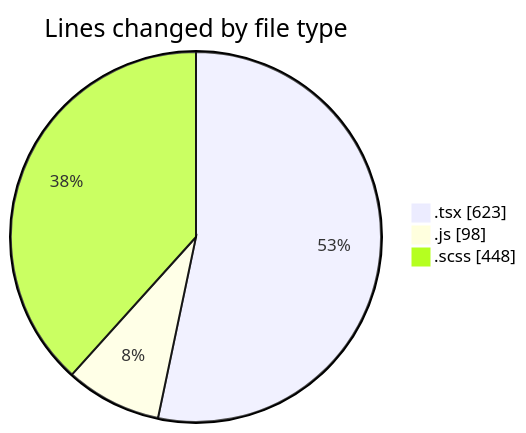
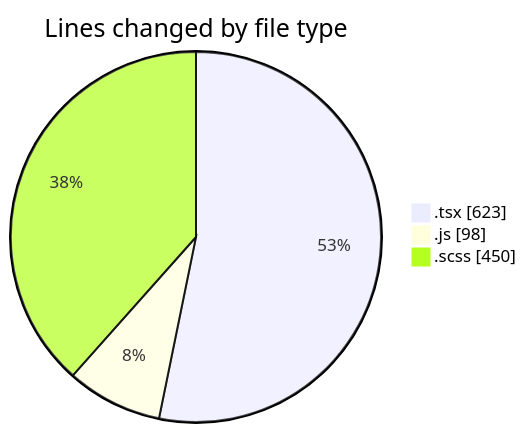
The first of 2 diagrams in 2025-03-31/cda/README.md (momahboobian/code-tracking), drawn with Mermaid before and after one commit. The commit also changed other lines of this file and 1 other file, not shown here.

````diff
--- a/2025-03-31/cda/README.md
+++ b/2025-03-31/cda/README.md
@@ -27,7 +27,7 @@
 ```mermaid
 pie showData
 title Lines changed by file type
 ".tsx" : 623
 ".js" : 98
-".scss" : 448
+".scss" : 450
 ```
````
